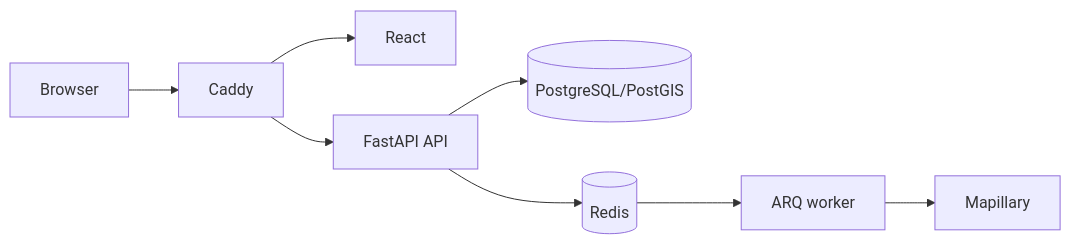
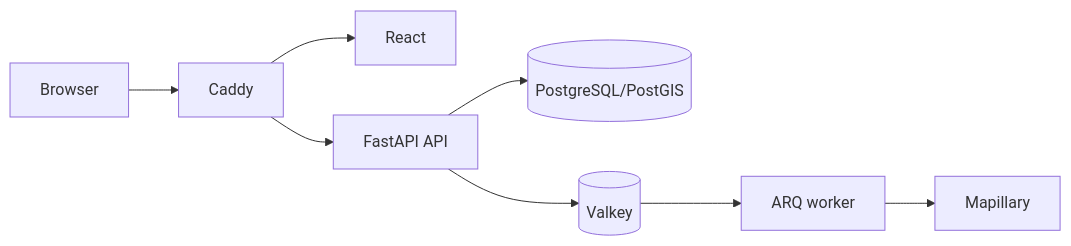
The diagram in docs/README.md (AwaisIsane/guess_the_place), drawn with Mermaid before and after one commit. The commit also changed 32 other files, not shown here.

````diff
--- a/docs/README.md
+++ b/docs/README.md
@@ -70,9 +70,9 @@
 ```mermaid
 flowchart LR
   Browser --> Caddy --> React
   Caddy --> API[FastAPI API]
   API --> PG[(PostgreSQL/PostGIS)]
-  API --> Redis[(Redis)]
-  Redis --> Worker[ARQ worker]
+  API --> Valkey[(Valkey)]
+  Valkey --> Worker[ARQ worker]
   Worker --> Mapillary
 ```
````
